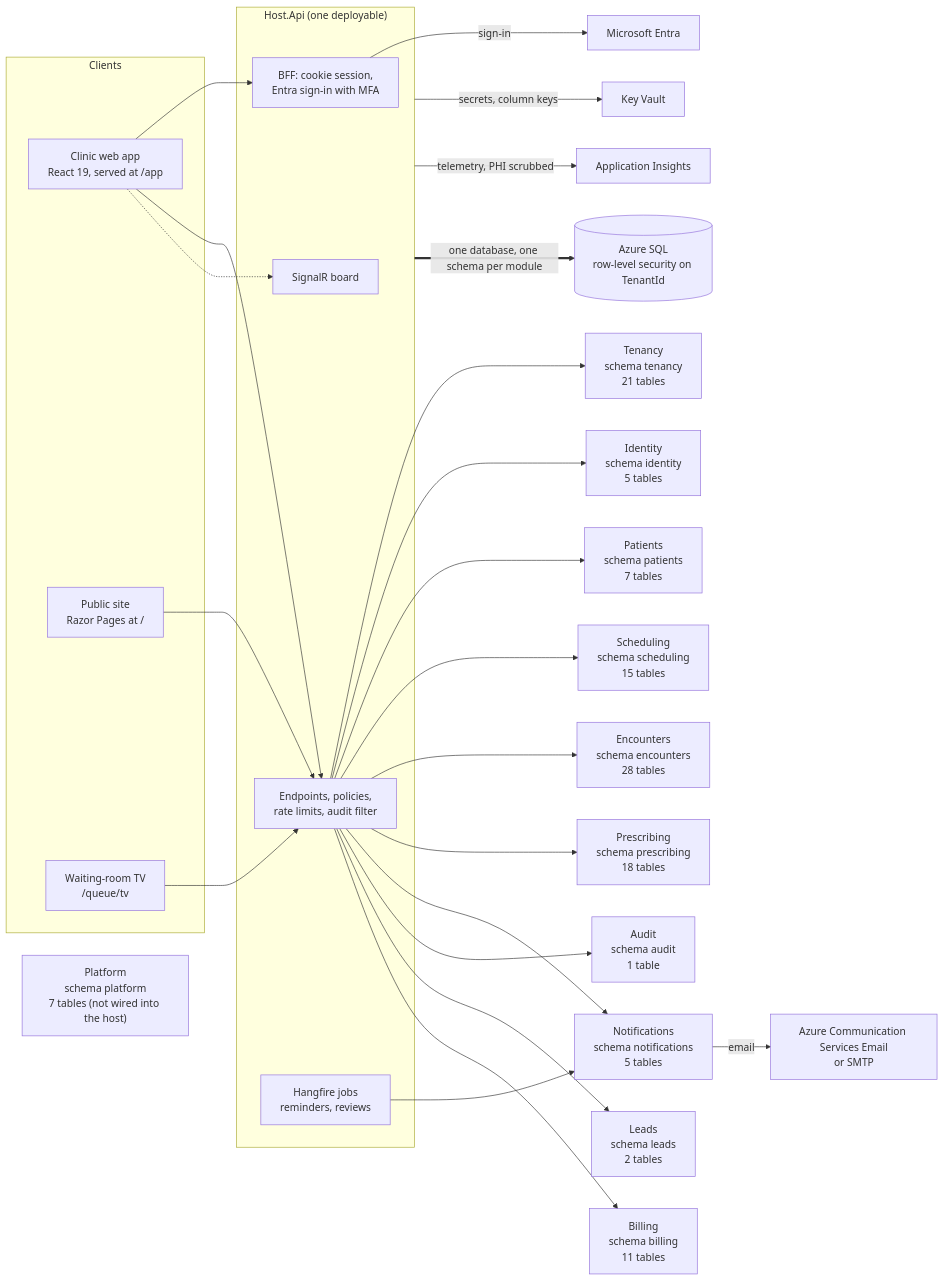
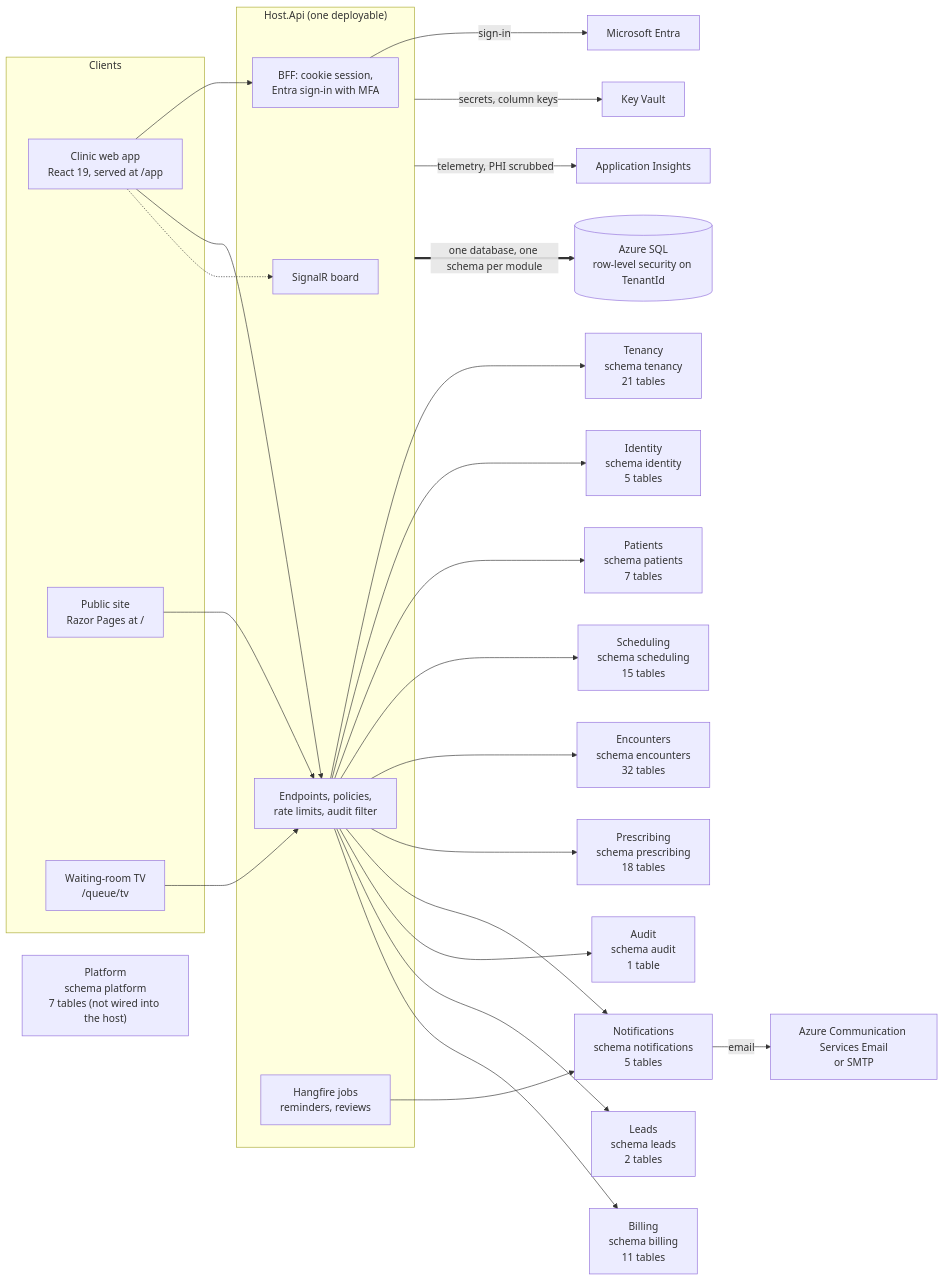
One commit to ALFRED-LUCIFER/medvya changed the first of 14 diagrams in docs/03-architecture/erd.md. Above: the diagram before and after it, drawn with Mermaid. The commit also changed other lines of this file and 101 other files, not shown here.

````diff
--- a/docs/03-architecture/erd.md
+++ b/docs/03-architecture/erd.md
@@ -15,36 +15,36 @@
 ```mermaid
 flowchart LR
   subgraph Clients
     web["Clinic web app<br/>React 19, served at /app"]
     site["Public site<br/>Razor Pages at /"]
     tv["Waiting-room TV<br/>/queue/tv"]
   end
   subgraph Host["Host.Api (one deployable)"]
     bff["BFF: cookie session,<br/>Entra sign-in with MFA"]
     api["Endpoints, policies,<br/>rate limits, audit filter"]
     hub["SignalR board"]
     jobs["Hangfire jobs<br/>reminders, reviews"]
   end
   web --> bff
   web --> api
   web -.-> hub
   tv --> api
   site --> api
   api --> Tenancy["Tenancy<br/>schema tenancy<br/>21 tables"]
   api --> Identity["Identity<br/>schema identity<br/>5 tables"]
   api --> Patients["Patients<br/>schema patients<br/>7 tables"]
   api --> Scheduling["Scheduling<br/>schema scheduling<br/>15 tables"]
-  api --> Encounters["Encounters<br/>schema encounters<br/>28 tables"]
+  api --> Encounters["Encounters<br/>schema encounters<br/>32 tables"]
   api --> Prescribing["Prescribing<br/>schema prescribing<br/>18 tables"]
   api --> Notifications["Notifications<br/>schema notifications<br/>5 tables"]
   api --> Audit["Audit<br/>schema audit<br/>1 table"]
   api --> Leads["Leads<br/>schema leads<br/>2 tables"]
   api --> Billing["Billing<br/>schema billing<br/>11 tables"]
   Platform["Platform<br/>schema platform<br/>7 tables (not wired into the host)"]
   jobs --> Notifications
   bff -->|"sign-in"| entra["Microsoft Entra"]
   Notifications -->|"email"| mail["Azure Communication Services Email<br/>or SMTP"]
   Host -->|"secrets, column keys"| kv["Key Vault"]
   Host -->|"telemetry, PHI scrubbed"| ai["Application Insights"]
   Host ==>|"one database, one schema per module"| sql[("Azure SQL<br/>row-level security on TenantId")]
 ```
````
